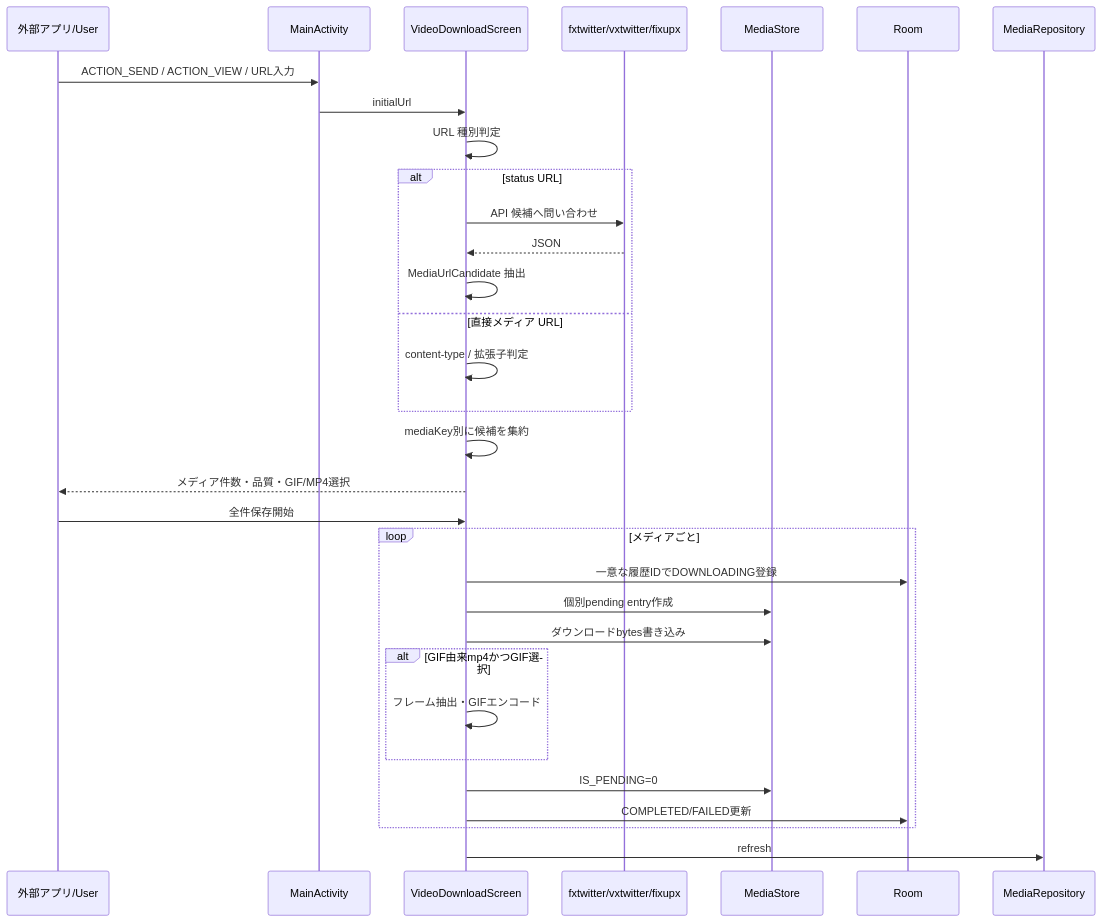
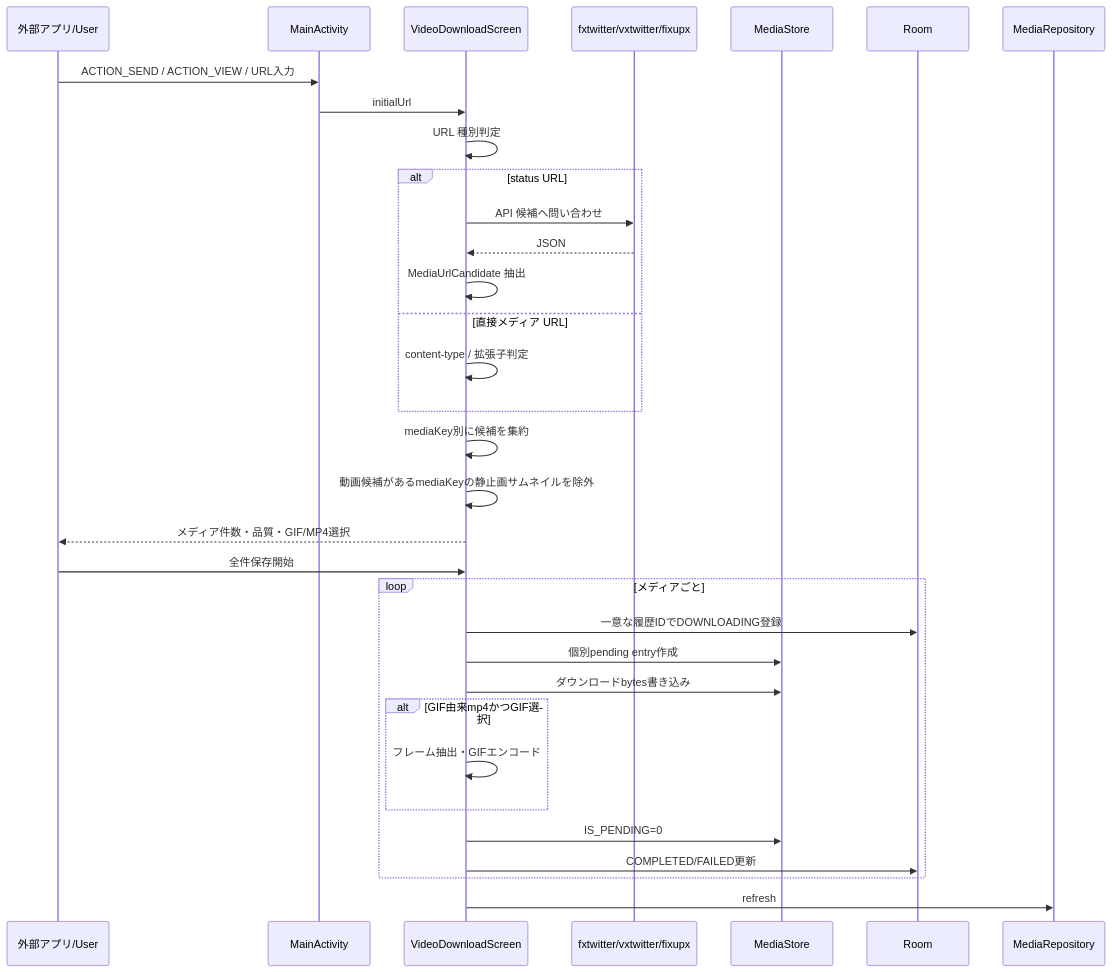
One commit to Ksan1333/Gallery changed the fourth of 4 diagrams in docs/detail_design/05_x_downloader.md. Above: the diagram before and after it, drawn with Mermaid. The commit also changed other lines of this file and 46 other files, not shown here.

````diff
--- a/docs/detail_design/05_x_downloader.md
+++ b/docs/detail_design/05_x_downloader.md
@@ -135,35 +135,36 @@
 ```mermaid
 sequenceDiagram
     participant External as 外部アプリ/User
     participant Main as MainActivity
     participant Screen as VideoDownloadScreen
     participant API as fxtwitter/vxtwitter/fixupx
     participant Store as MediaStore
     participant DB as Room
     participant Repo as MediaRepository
 
     External->>Main: ACTION_SEND / ACTION_VIEW / URL入力
     Main->>Screen: initialUrl
     Screen->>Screen: URL 種別判定
     alt status URL
         Screen->>API: API 候補へ問い合わせ
         API-->>Screen: JSON
         Screen->>Screen: MediaUrlCandidate 抽出
     else 直接メディア URL
         Screen->>Screen: content-type / 拡張子判定
     end
     Screen->>Screen: mediaKey別に候補を集約
+    Screen->>Screen: 動画候補があるmediaKeyの静止画サムネイルを除外
     Screen-->>External: メディア件数・品質・GIF/MP4選択
     External->>Screen: 全件保存開始
     loop メディアごと
         Screen->>DB: 一意な履歴IDでDOWNLOADING登録
         Screen->>Store: 個別pending entry作成
         Screen->>Store: ダウンロードbytes書き込み
         alt GIF由来mp4かつGIF選択
             Screen->>Screen: フレーム抽出・GIFエンコード
         end
         Screen->>Store: IS_PENDING=0
         Screen->>DB: COMPLETED/FAILED更新
     end
     Screen->>Repo: refresh
 ```
````
